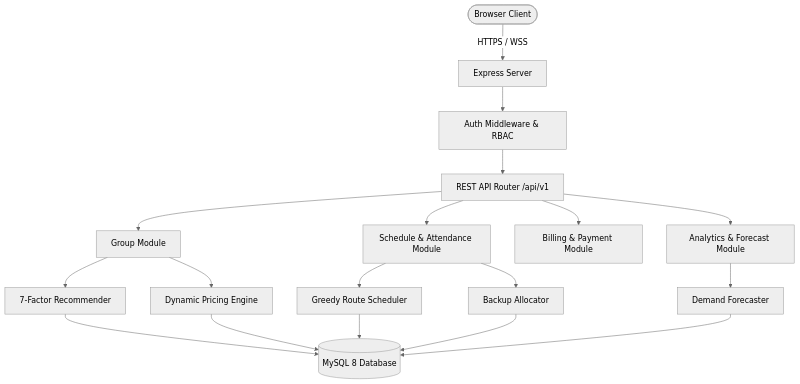
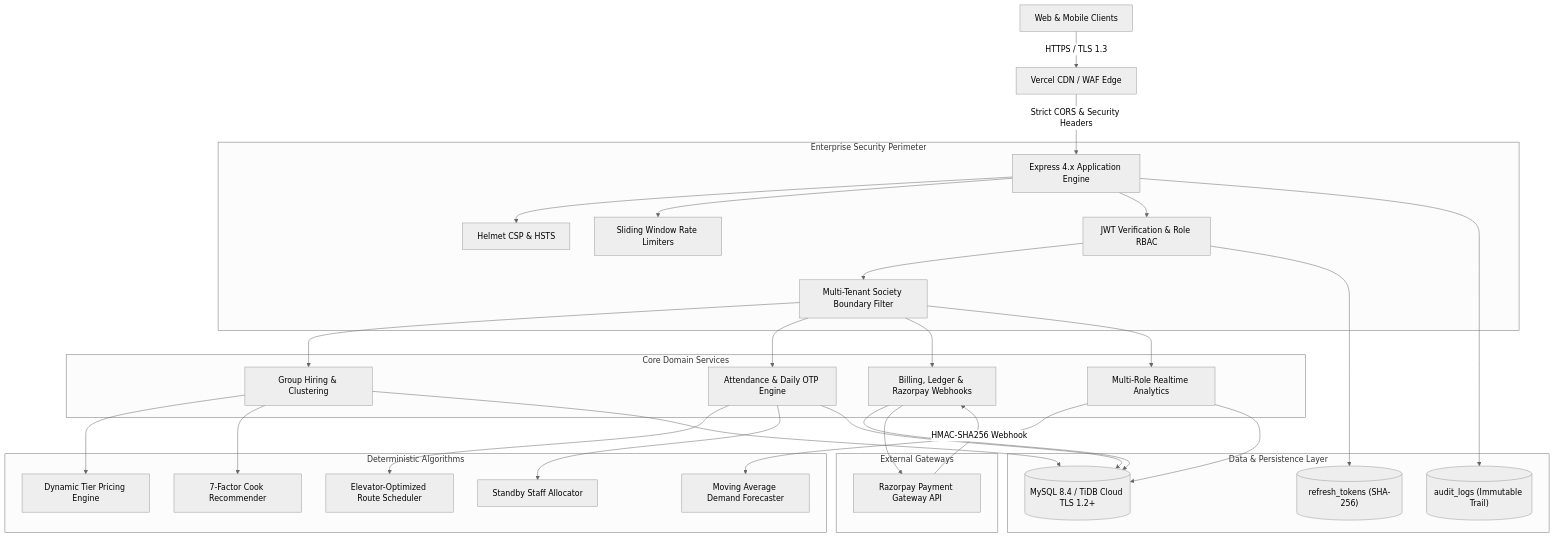
Before and after one commit to 9harshithp/SocietyCook: the diagram in ARCHITECTURE.md, drawn with Mermaid (neutral theme). The commit also changed other lines of this file and 33 other files, not shown here.

Commit message:
feat(enterprise): V4 enterprise hardening, security remediation, ASVS compliance, and observability

````diff
--- a/ARCHITECTURE.md
+++ b/ARCHITECTURE.md
@@ -12,23 +11,41 @@
 ```mermaid
 graph TD
-    User([Browser Client]) -->|HTTPS / WSS| WebServer[Express Server]
-    WebServer --> AuthMid[Auth Middleware & RBAC]
-    AuthMid --> Router[REST API Router /api/v1]
-    
-    Router --> GroupMod[Group Module]
-    Router --> ScheduleMod[Schedule & Attendance Module]
-    Router --> BillingMod[Billing & Payment Module]
-    Router --> AnalyticsMod[Analytics & Forecast Module]
-    
-    GroupMod --> Recommender[7-Factor Recommender]
-    GroupMod --> Pricing[Dynamic Pricing Engine]
-    ScheduleMod --> Scheduler[Greedy Route Scheduler]
-    ScheduleMod --> BackupAlloc[Backup Allocator]
-    AnalyticsMod --> Forecaster[Demand Forecaster]
-    
-    Recommender --> MySQL[(MySQL 8 Database)]
-    Pricing --> MySQL
-    Scheduler --> MySQL
-    BackupAlloc --> MySQL
-    Forecaster --> MySQL
+    Client[Web & Mobile Clients] -->|HTTPS / TLS 1.3| Edge[Vercel CDN / WAF Edge]
+    Edge -->|Strict CORS & Security Headers| Express[Express 4.x Application Engine]
+
+    subgraph SecurityPerimeter[Enterprise Security Perimeter]
+        Express --> Helmet[Helmet CSP & HSTS]
+        Express --> RateLimiter[Sliding Window Rate Limiters]
+        Express --> AuthGuard[JWT Verification & Role RBAC]
+        AuthGuard --> TenantIsolation[Multi-Tenant Society Boundary Filter]
+    end
+
+    subgraph DomainModules[Core Domain Services]
+        TenantIsolation --> GroupService[Group Hiring & Clustering]
+        TenantIsolation --> AttendanceService[Attendance & Daily OTP Engine]
+        TenantIsolation --> PaymentService[Billing, Ledger & Razorpay Webhooks]
+        TenantIsolation --> AnalyticsService[Multi-Role Realtime Analytics]
+    end
+
+    subgraph MathematicalEngines[Deterministic Algorithms]
+        GroupService --> PricingEngine[Dynamic Tier Pricing Engine]
+        GroupService --> Recommender[7-Factor Cook Recommender]
+        AttendanceService --> Scheduler[Elevator-Optimized Route Scheduler]
+        AttendanceService --> BackupAllocator[Standby Staff Allocator]
+        AnalyticsService --> DemandForecaster[Moving Average Demand Forecaster]
+    end
+
+    subgraph DataTier[Data & Persistence Layer]
+        GroupService --> MySQL[(MySQL 8.4 / TiDB Cloud TLS 1.2+)]
+        AttendanceService --> MySQL
+        PaymentService --> MySQL
+        AnalyticsService --> MySQL
+        AuthGuard --> RefreshTokens[("refresh_tokens (SHA-256)")]
+        Express --> AuditLogs[("audit_logs (Immutable Trail)")]
+    end
+
+    subgraph ExternalIntegrations[External Gateways]
+        PaymentService --> Razorpay[Razorpay Payment Gateway API]
+        Razorpay -->|HMAC-SHA256 Webhook| PaymentService
+    end
 ```
````
